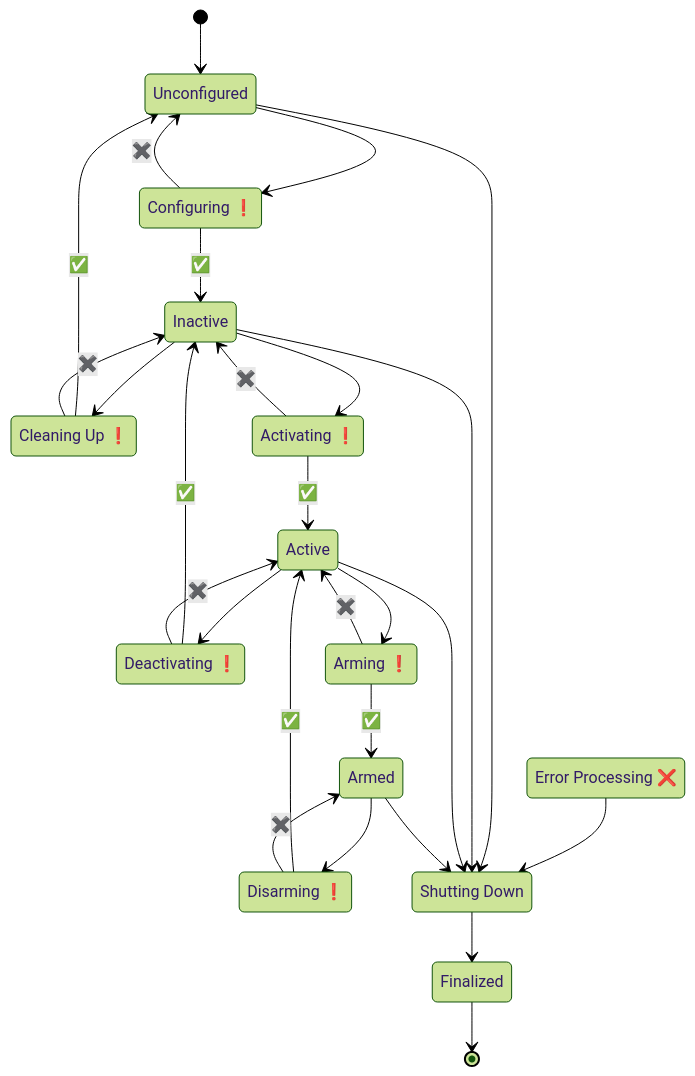
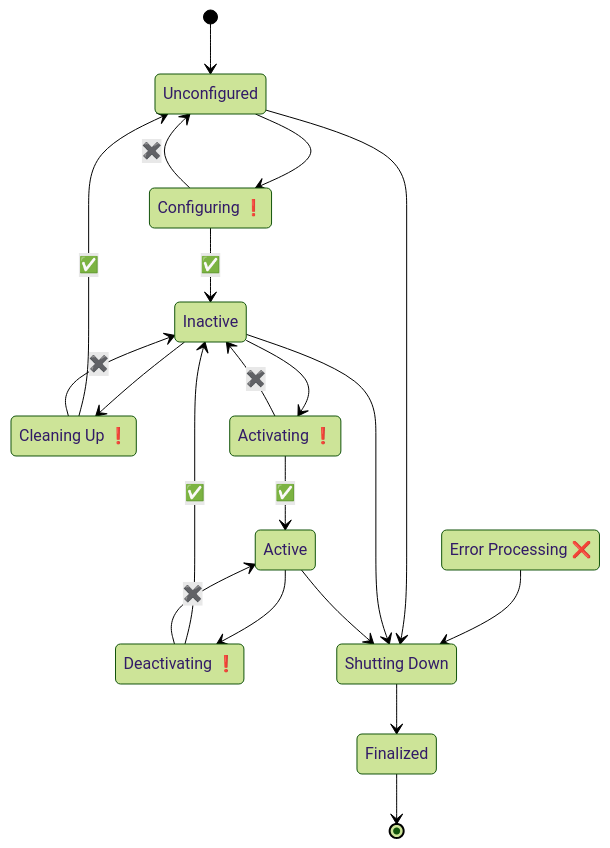
One commit to tnagyzambo/rCTRL changed the diagram in ros2/src/rstate/README.md. Above: the diagram before and after it, drawn with Mermaid (forest theme). The commit also changed other lines of this file and 26 other files, not shown here.

````diff
--- a/ros2/src/rstate/README.md
+++ b/ros2/src/rstate/README.md
@@ -39,46 +34,36 @@
 ```mermaid
 stateDiagram-v2
     
 
     [*] --> Unconfigured
     Unconfigured --> Configuring
     Inactive --> CleaningUp
     Configuring --> Inactive : ✅
     Configuring --> Unconfigured : ✖️ 
     CleaningUp --> Unconfigured : ✅
     CleaningUp --> Inactive : ✖️
 
     Inactive --> Activating
     Activating --> Active : ✅
     Activating --> Inactive : ✖️
     Active --> Deactivating
     Deactivating --> Inactive : ✅
     Deactivating --> Active : ✖️
 
-    Active --> Arming
-    Arming --> Armed : ✅
-    Arming --> Active : ✖️
-    Armed --> Disarming
-    Disarming --> Active : ✅
-    Disarming --> Armed : ✖️
-
     ErrorProcessing --> ShuttingDown
 
     Unconfigured --> ShuttingDown
     Inactive --> ShuttingDown
     Active --> ShuttingDown
-    Armed --> ShuttingDown
     ShuttingDown --> Finalized
     Finalized --> [*]
 
 
     state "Error Processing ❌" as ErrorProcessing
 
     state "Configuring ❗" as Configuring
     state "Cleaning Up ❗" as CleaningUp
     state "Activating ❗" as Activating
     state "Deactivating ❗" as Deactivating
-    state "Arming ❗" as Arming
-    state "Disarming ❗" as Disarming
     state "Shutting Down" as ShuttingDown
 ```
````
